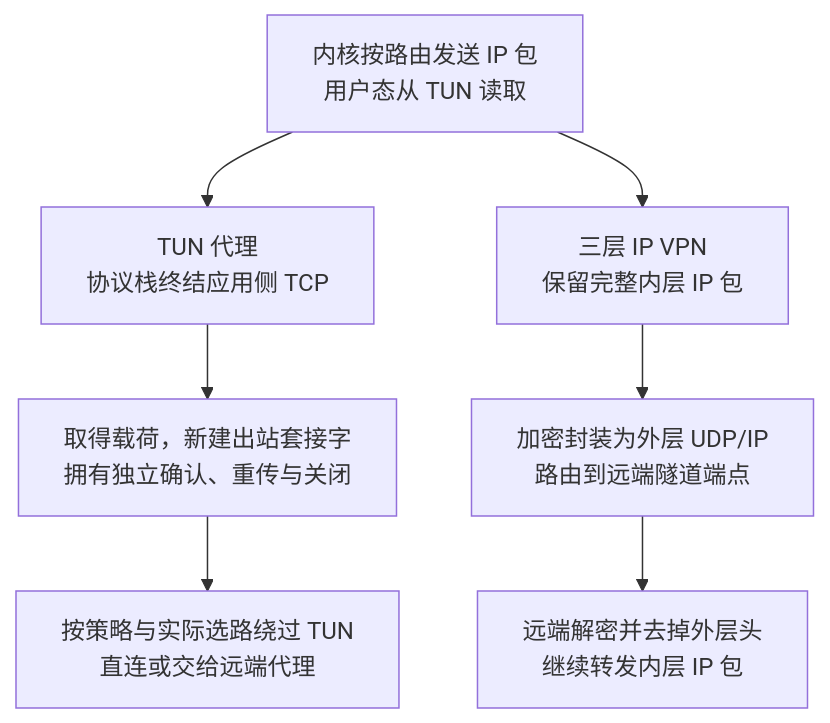
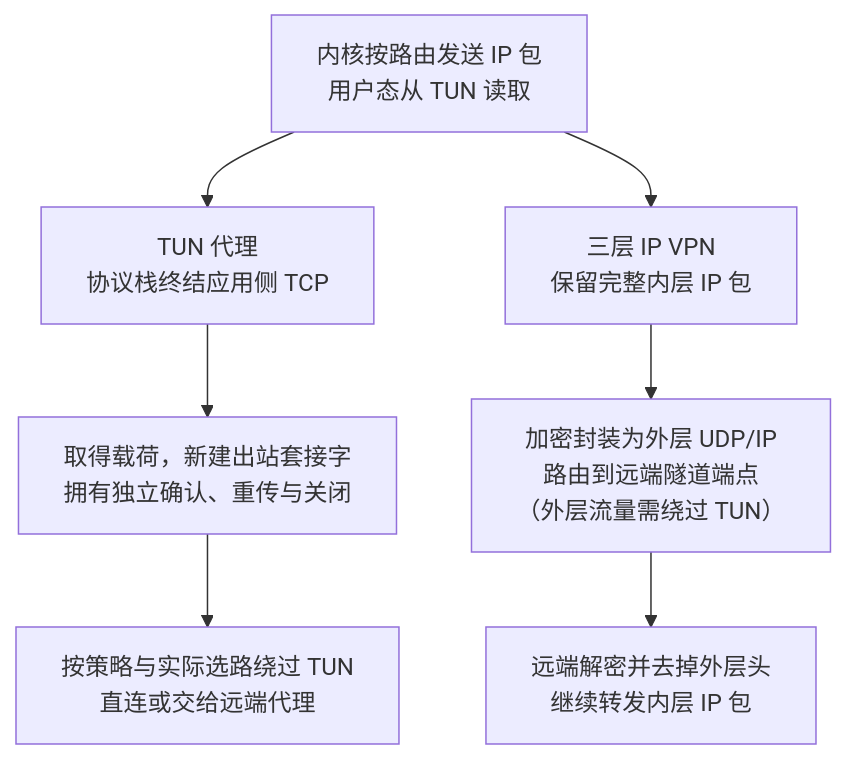
Before and after one commit to fordelkon/delkon.us.kg: the third of 4 diagrams in content/posts/networking/routing-forwarding-nat-virtual-interfaces.md, drawn with Mermaid. The commit also changed other lines of this file and 8 other files, not shown here.

First line of the commit message:
docs: audit networking series with C17 examples and diagram fixes

````diff
--- a/content/posts/networking/routing-forwarding-nat-virtual-interfaces.md
+++ b/content/posts/networking/routing-forwarding-nat-virtual-interfaces.md
@@ -275,9 +399,13 @@
 ```mermaid title="同一个 TUN 入口之后的两种处理" description="比较两种实现，不是同一条连接依次经过两种模式。左支限定终结应用侧 TCP 的用户态代理，创建独立出站连接；右支限定把完整内层 IP 包加密封装到 UDP/IP 的一种三层 VPN，远端解封装后继续转发原包。两种程序的外层出站都需要可用的绕行路由；标记、策略或接口绑定的效果必须按平台验证。图只展示出站，回程分别重建应用侧包或解封装内层回包。"
 flowchart TB
  tun["内核按路由发送 IP 包<br/>用户态从 TUN 读取"] --> proxy["TUN 代理<br/>协议栈终结应用侧 TCP"]
  proxy --> socket["取得载荷，新建出站套接字<br/>拥有独立确认、重传与关闭"]
  socket --> bypass["按策略与实际选路绕过 TUN<br/>直连或交给远端代理"]
  tun --> vpn["三层 IP VPN<br/>保留完整内层 IP 包"]
- vpn --> outer["加密封装为外层 UDP/IP<br/>路由到远端隧道端点"]
+ vpn --> outer["加密封装为外层 UDP/IP<br/>路由到远端隧道端点<br/>（外层流量需绕过 TUN）"]
  outer --> peer["远端解密并去掉外层头<br/>继续转发内层 IP 包"]
+ class tun state
+ class proxy,vpn actor
+ class socket,outer resource
+ class bypass,peer result
 ```
````
